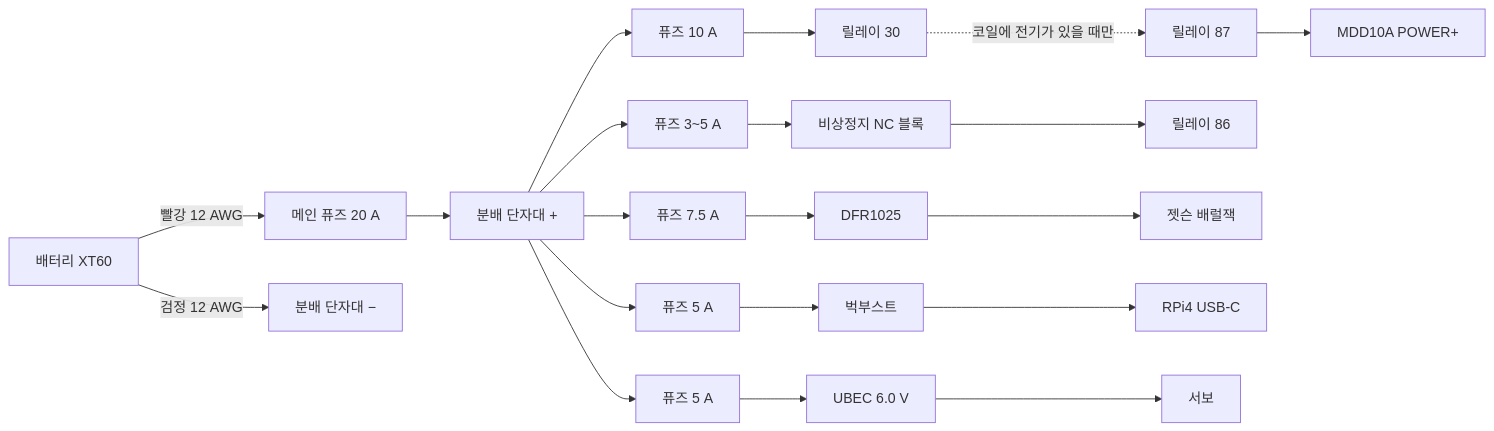
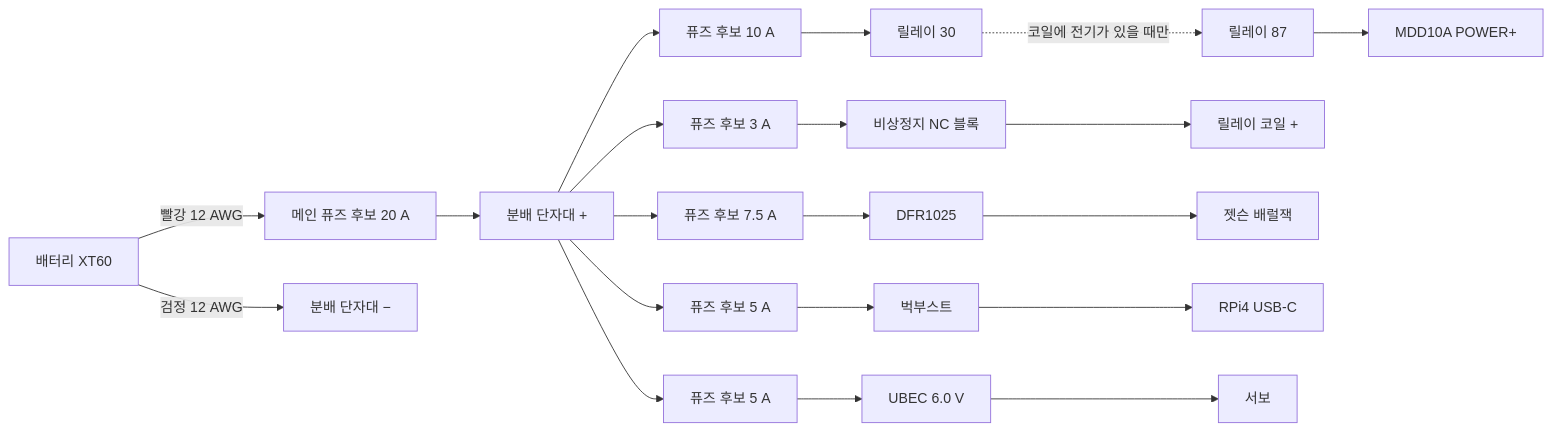
The diagram in docs/vehicle/assembly-guide.md (gbw11/perseus), drawn with Mermaid before and after one commit. The commit also changed other lines of this file, not shown here.

Commit message:
docs(common): 조립 문서의 시험 스케치와 서보·릴레이·충전·퓨즈·보드 전원 절차를 고친다 (S15P31E110-369)

````diff
--- a/docs/vehicle/assembly-guide.md
+++ b/docs/vehicle/assembly-guide.md
@@ -109,11 +120,11 @@
 ```mermaid
 flowchart LR
-    BAT["배터리 XT60"] -->|"빨강 12 AWG"| F0["메인 퓨즈 20 A"] --> BP["분배 단자대 +"]
+    BAT["배터리 XT60"] -->|"빨강 12 AWG"| F0["메인 퓨즈 후보 20 A"] --> BP["분배 단자대 +"]
     BAT -->|"검정 12 AWG"| BN["분배 단자대 −"]
-    BP --> FM["퓨즈 10 A"] --> R30["릴레이 30"]
+    BP --> FM["퓨즈 후보 10 A"] --> R30["릴레이 30"]
     R30 -.->|"코일에 전기가 있을 때만"| R87["릴레이 87"] --> MDD["MDD10A POWER+"]
-    BP --> FC["퓨즈 3~5 A"] --> ES["비상정지 NC 블록"] --> R86["릴레이 86"]
-    BP --> FJ["퓨즈 7.5 A"] --> DFR["DFR1025"] --> JET["젯슨 배럴잭"]
-    BP --> FR["퓨즈 5 A"] --> BB["벅부스트"] --> RPI["RPi4 USB-C"]
-    BP --> FS["퓨즈 5 A"] --> UB["UBEC 6.0 V"] --> SV["서보"]
+    BP --> FC["퓨즈 후보 3 A"] --> ES["비상정지 NC 블록"] --> R86["릴레이 코일 +"]
+    BP --> FJ["퓨즈 후보 7.5 A"] --> DFR["DFR1025"] --> JET["젯슨 배럴잭"]
+    BP --> FR["퓨즈 후보 5 A"] --> BB["벅부스트"] --> RPI["RPi4 USB-C"]
+    BP --> FS["퓨즈 후보 5 A"] --> UB["UBEC 6.0 V"] --> SV["서보"]
 ```
````
